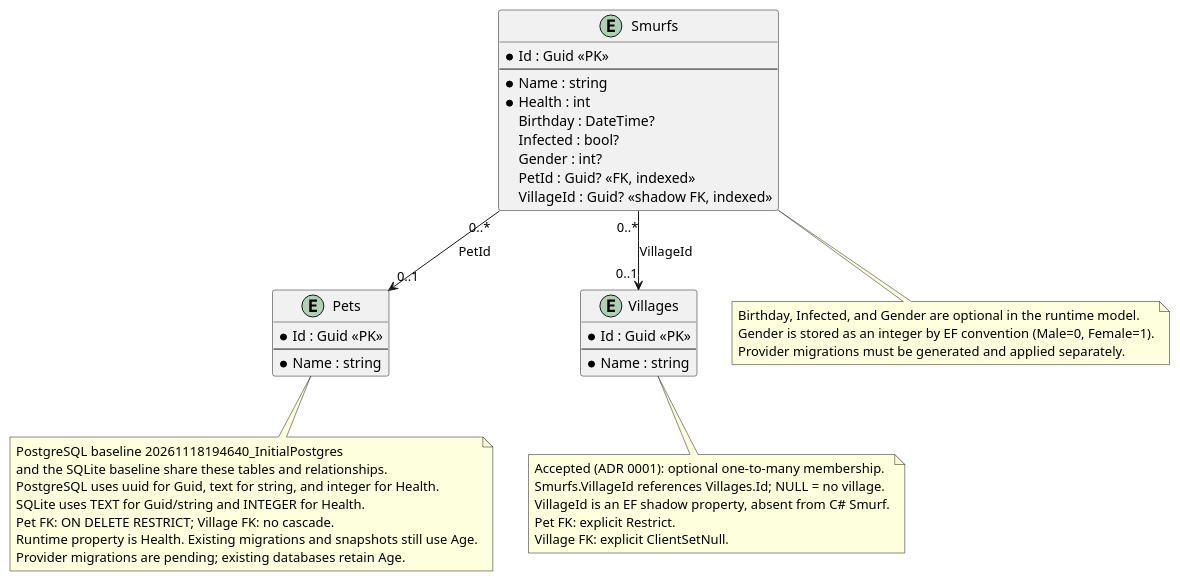
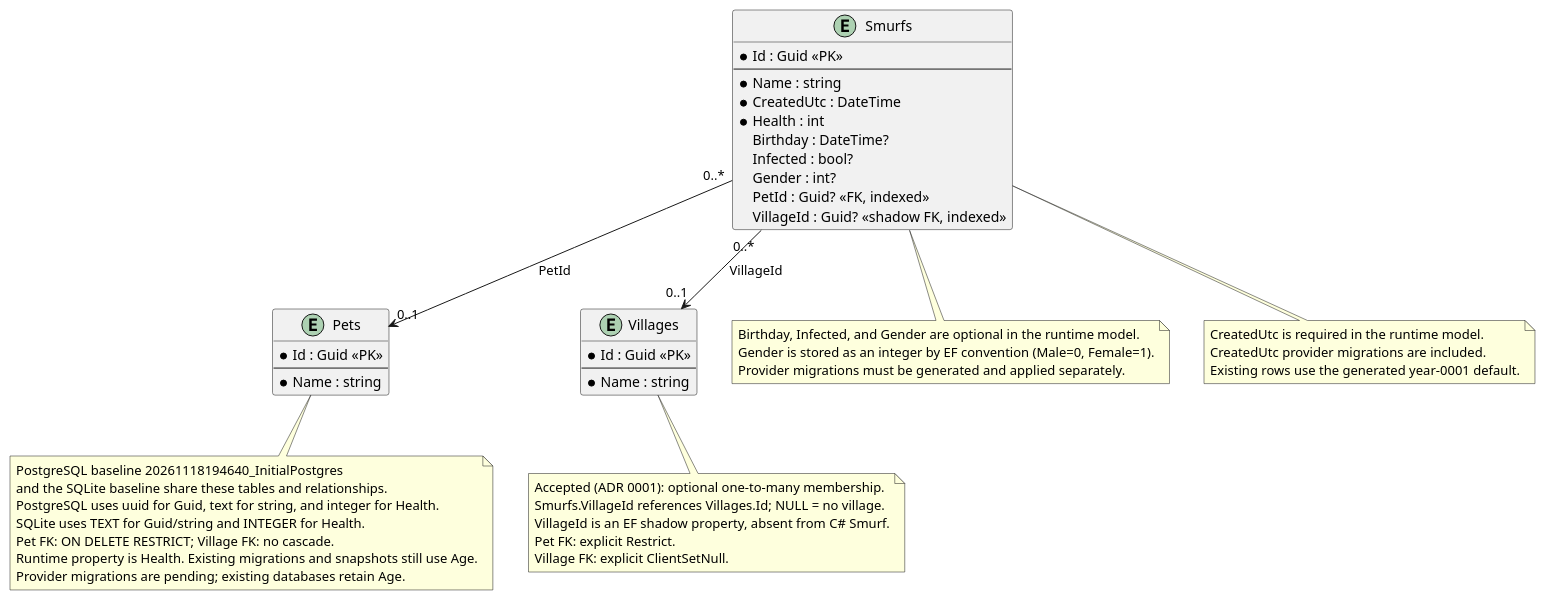
The diagram in docs/structural/diagrams/persistence-model.puml (EbbeMeloSorensen/Smurfs), drawn with PlantUML before and after one commit. The commit also changed 36 other files, not shown here.

Commit message:
Add required Smurf creation timestamps and newest-first sorting

```diff
--- a/docs/structural/diagrams/persistence-model.puml
+++ b/docs/structural/diagrams/persistence-model.puml
@@ -1,48 +1,54 @@
 @startuml
 ' Runtime model. Existing migrations and snapshots still use Age.
 hide methods
 entity "Smurfs" as SmurfTable {
   * Id : Guid <<PK>>
   --
   * Name : string
+  * CreatedUtc : DateTime
   * Health : int
   Birthday : DateTime?
   Infected : bool?
   Gender : int?
   PetId : Guid? <<FK, indexed>>
   VillageId : Guid? <<shadow FK, indexed>>
 }
 entity "Pets" as PetTable {
   * Id : Guid <<PK>>
   --
   * Name : string
 }
 entity "Villages" as VillageTable {
   * Id : Guid <<PK>>
   --
   * Name : string
 }
 SmurfTable "0..*" --> "0..1" PetTable : PetId
 SmurfTable "0..*" --> "0..1" VillageTable : VillageId
 note bottom of VillageTable
   Accepted (ADR 0001): optional one-to-many membership.
   Smurfs.VillageId references Villages.Id; NULL = no village.
   VillageId is an EF shadow property, absent from C# Smurf.
   Pet FK: explicit Restrict.
   Village FK: explicit ClientSetNull.
 end note
 note bottom of PetTable
   PostgreSQL baseline 20261118194640_InitialPostgres
   and the SQLite baseline share these tables and relationships.
   PostgreSQL uses uuid for Guid, text for string, and integer for Health.
   SQLite uses TEXT for Guid/string and INTEGER for Health.
   Pet FK: ON DELETE RESTRICT; Village FK: no cascade.
   Runtime property is Health. Existing migrations and snapshots still use Age.
   Provider migrations are pending; existing databases retain Age.
 end note
 note bottom of SmurfTable
   Birthday, Infected, and Gender are optional in the runtime model.
   Gender is stored as an integer by EF convention (Male=0, Female=1).
   Provider migrations must be generated and applied separately.
 end note
+note bottom of SmurfTable
+  CreatedUtc is required in the runtime model.
+  CreatedUtc provider migrations are included.
+  Existing rows use the generated year-0001 default.
+end note
 @enduml
```
